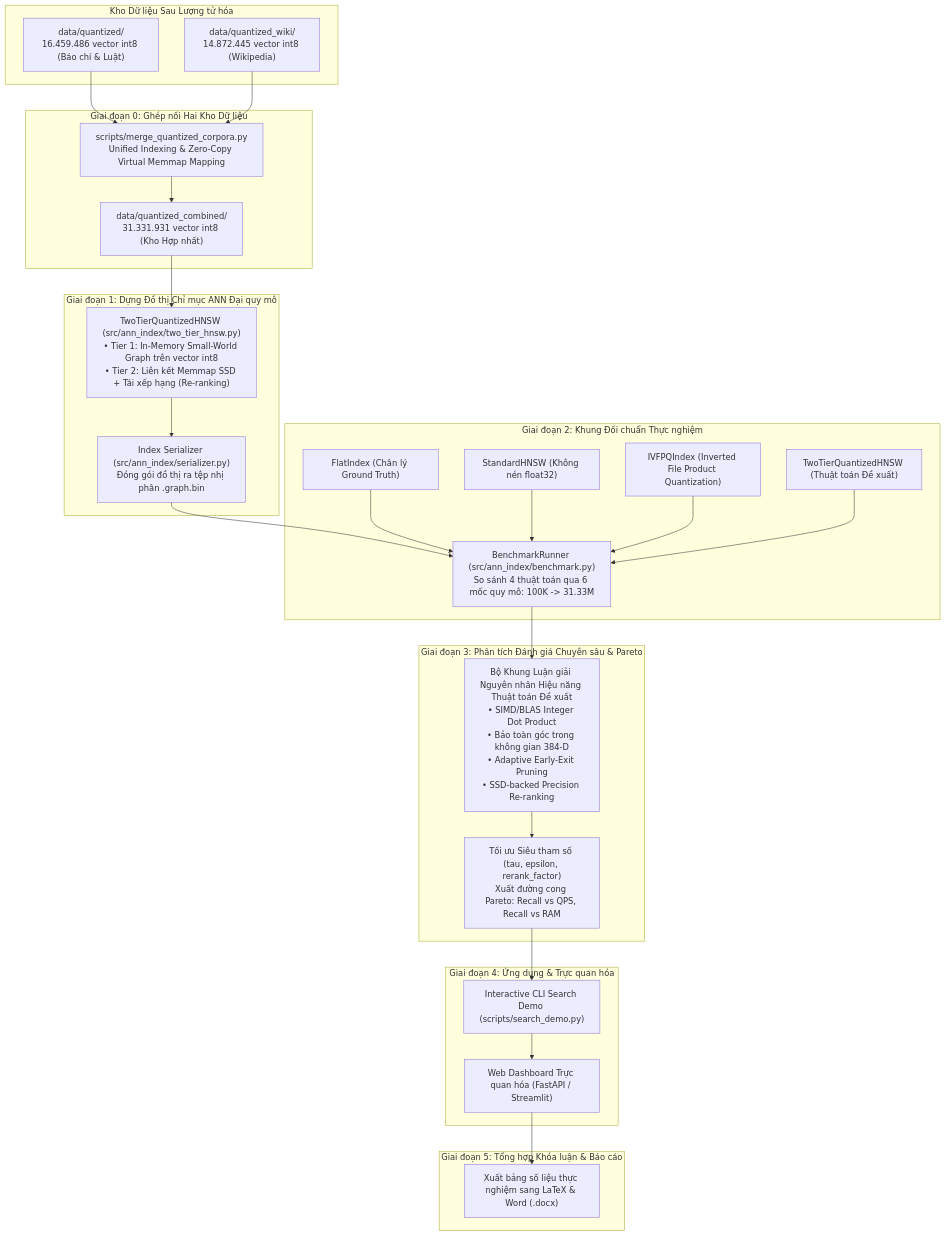
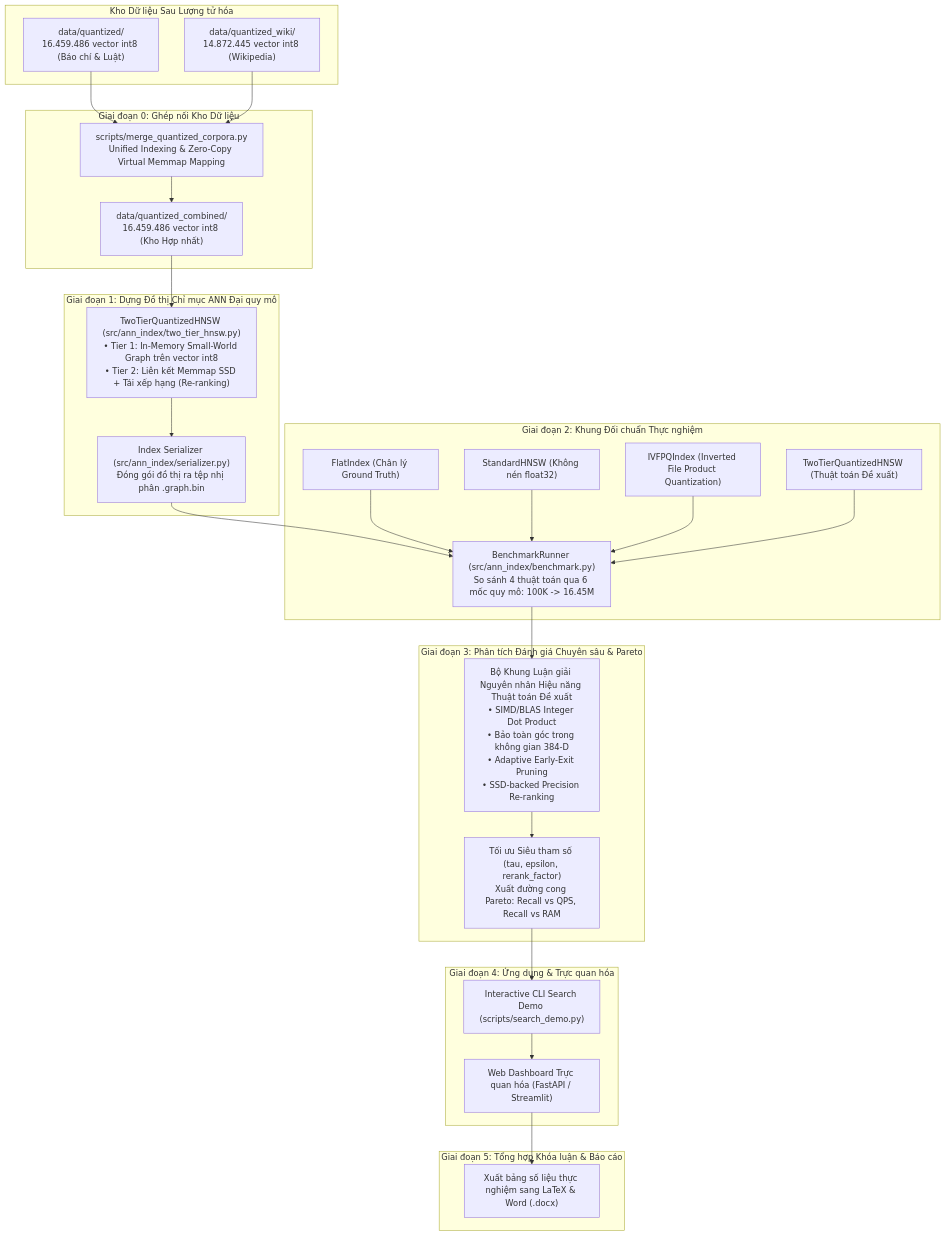
The first of 2 diagrams in docs/KE_HOACH_THUC_THI_SAU_LUONG_TU_HOA.md (rootkind35-del/HNSW-Combined-Quantization), drawn with Mermaid before and after one commit. The commit also changed other lines of this file and 265 other files, not shown here.

````diff
--- a/docs/KE_HOACH_THUC_THI_SAU_LUONG_TU_HOA.md
+++ b/docs/KE_HOACH_THUC_THI_SAU_LUONG_TU_HOA.md
@@ -24,50 +21,50 @@
 ```mermaid
 flowchart TD
     subgraph RawData ["Kho Dữ liệu Sau Lượng tử hóa"]
         Q1["data/quantized/<br/>16.459.486 vector int8 (Báo chí & Luật)"]
         Q2["data/quantized_wiki/<br/>14.872.445 vector int8 (Wikipedia)"]
     end
 
-    subgraph Phase0 ["Giai đoạn 0: Ghép nối Hai Kho Dữ liệu"]
+    subgraph Phase0 ["Giai đoạn 0: Ghép nối Kho Dữ liệu"]
         MG["scripts/merge_quantized_corpora.py<br/>Unified Indexing & Zero-Copy Virtual Memmap Mapping"]
-        QC["data/quantized_combined/<br/>31.331.931 vector int8 (Kho Hợp nhất)"]
+        QC["data/quantized_combined/<br/>16.459.486 vector int8 (Kho Hợp nhất)"]
     end
 
     subgraph Phase1 ["Giai đoạn 1: Dựng Đồ thị Chỉ mục ANN Đại quy mô"]
         G1["TwoTierQuantizedHNSW (src/ann_index/two_tier_hnsw.py)<br/>• Tier 1: In-Memory Small-World Graph trên vector int8<br/>• Tier 2: Liên kết Memmap SSD + Tái xếp hạng (Re-ranking)"]
         G2["Index Serializer (src/ann_index/serializer.py)<br/>Đóng gói đồ thị ra tệp nhị phân .graph.bin"]
     end
 
     subgraph Phase2 ["Giai đoạn 2: Khung Đối chuẩn Thực nghiệm"]
-        BM["BenchmarkRunner (src/ann_index/benchmark.py)<br/>So sánh 4 thuật toán qua 6 mốc quy mô: 100K -> 31.33M"]
+        BM["BenchmarkRunner (src/ann_index/benchmark.py)<br/>So sánh 4 thuật toán qua 6 mốc quy mô: 100K -> 16.45M"]
         B1["FlatIndex (Chân lý Ground Truth)"]
         B2["StandardHNSW (Không nén float32)"]
         B3["IVFPQIndex (Inverted File Product Quantization)"]
         B4["TwoTierQuantizedHNSW (Thuật toán Đề xuất)"]
     end
 
     subgraph Phase3 ["Giai đoạn 3: Phân tích Đánh giá Chuyên sâu & Pareto"]
         EVA["Bộ Khung Luận giải Nguyên nhân Hiệu năng Thuật toán Đề xuất<br/>• SIMD/BLAS Integer Dot Product<br/>• Bảo toàn góc trong không gian 384-D<br/>• Adaptive Early-Exit Pruning<br/>• SSD-backed Precision Re-ranking"]
         TO["Tối ưu Siêu tham số (tau, epsilon, rerank_factor)<br/>Xuất đường cong Pareto: Recall vs QPS, Recall vs RAM"]
     end
 
     subgraph Phase4 ["Giai đoạn 4: Ứng dụng & Trực quan hóa"]
         DEMO["Interactive CLI Search Demo (scripts/search_demo.py)"]
         DASH["Web Dashboard Trực quan hóa (FastAPI / Streamlit)"]
     end
 
     subgraph Phase5 ["Giai đoạn 5: Tổng hợp Khóa luận & Báo cáo"]
         REP["Xuất bảng số liệu thực nghiệm sang LaTeX & Word (.docx)"]
     end
 
     Q1 --> MG
     Q2 --> MG
     MG --> QC
     QC --> G1
     G1 --> G2 --> BM
     B1 --> BM
     B2 --> BM
     B3 --> BM
     B4 --> BM
     BM --> EVA --> TO --> DEMO --> DASH --> REP
 ```
````
